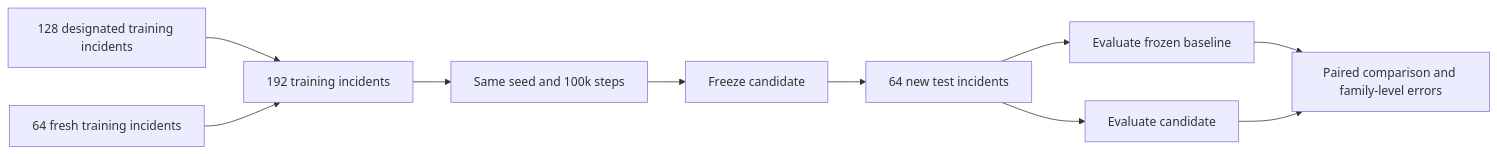
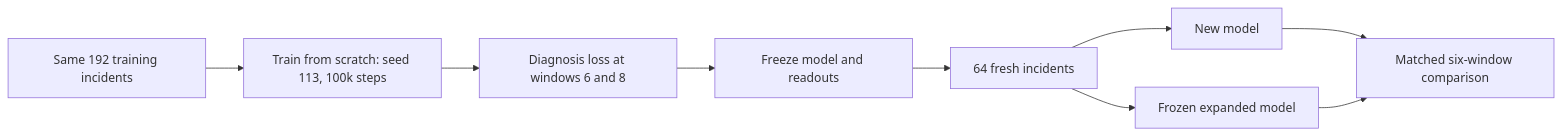
The diagram in docs/NEXT_EXPERIMENT.md (rnishtala/systems-world-model), drawn with Mermaid before and after one commit. The commit also changed other lines of this file and 8 other files, not shown here.

Commit message:
Supervise six-window diagnosis with a frozen matched comparison

````diff
--- a/docs/NEXT_EXPERIMENT.md
+++ b/docs/NEXT_EXPERIMENT.md
@@ -15,11 +9,10 @@
 ```mermaid
 flowchart LR
-  OLD[128 designated training incidents] --> NEW[192 training incidents]
-  ADD[64 fresh training incidents] --> NEW
-  NEW --> TRAIN[Same seed and 100k steps]
-  TRAIN --> FREEZE[Freeze candidate]
-  FREEZE --> TEST[64 new test incidents]
-  TEST --> BASE[Evaluate frozen baseline]
-  TEST --> CAND[Evaluate candidate]
-  BASE & CAND --> SCORE[Paired comparison and family-level errors]
+  DATA[Same 192 training incidents] --> TRAIN[Train from scratch: seed 113, 100k steps]
+  TRAIN --> LOSS[Diagnosis loss at windows 6 and 8]
+  LOSS --> FREEZE[Freeze model and readouts]
+  FREEZE --> TEST[64 fresh incidents]
+  TEST --> CAND[New model]
+  TEST --> BASE[Frozen expanded model]
+  CAND & BASE --> RESULT[Matched six-window comparison]
 ```
````
